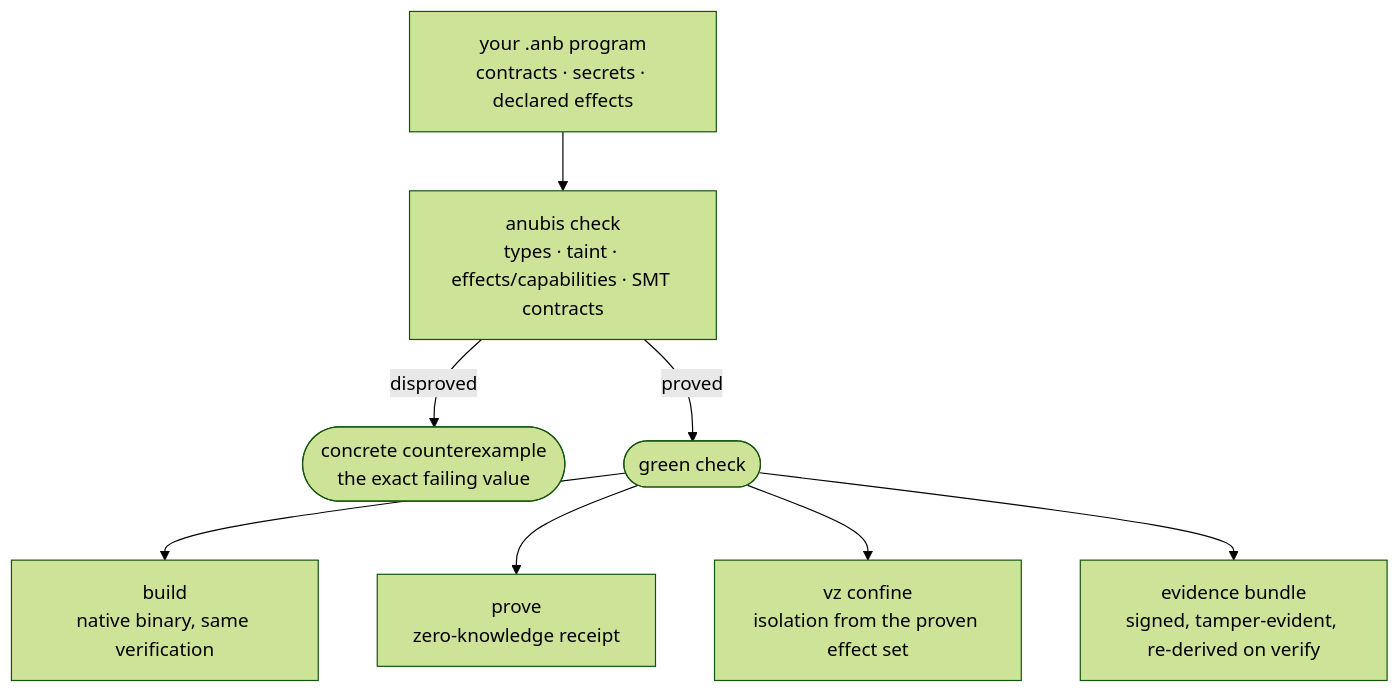
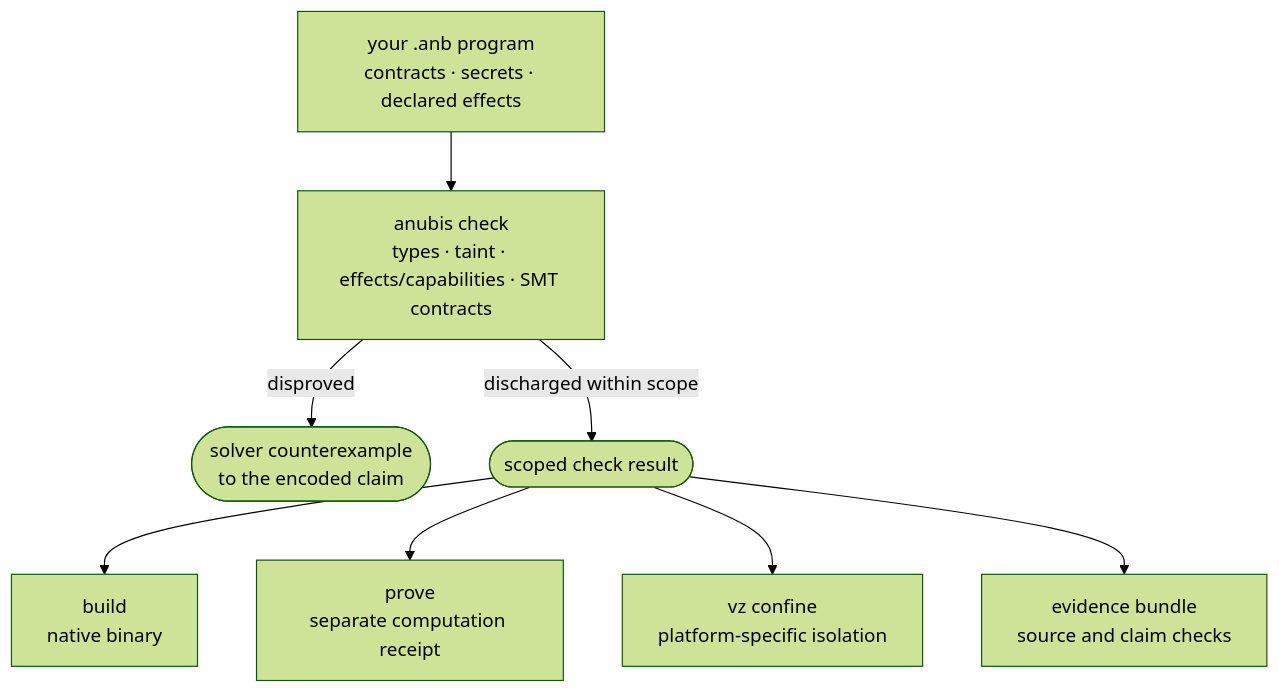
Before and after one commit to AnubisQuantumCipher/anubis-lang: the diagram in README.md, drawn with Mermaid (forest theme). The commit also changed other lines of this file and 4 other files, not shown here.

Commit message:
Scope front-page assurance and platform claims

````diff
--- a/README.md
+++ b/README.md
@@ -43,11 +43,11 @@
 ```mermaid
 flowchart TD
     SRC["your .anb program<br/>contracts · secrets · declared effects"]
     SRC --> CHK["anubis check<br/>types · taint · effects/capabilities · SMT contracts"]
-    CHK -->|disproved| CE(["concrete counterexample<br/>the exact failing value"])
-    CHK -->|proved| OK(["green check"])
-    OK --> B["build<br/>native binary, same verification"]
-    OK --> P["prove<br/>zero-knowledge receipt"]
-    OK --> C["vz confine<br/>isolation from the proven effect set"]
-    OK --> E["evidence bundle<br/>signed, tamper-evident, re-derived on verify"]
+    CHK -->|disproved| CE(["solver counterexample<br/>to the encoded claim"])
+    CHK -->|discharged within scope| OK(["scoped check result"])
+    OK --> B["build<br/>native binary"]
+    OK --> P["prove<br/>separate computation receipt"]
+    OK --> C["vz confine<br/>platform-specific isolation"]
+    OK --> E["evidence bundle<br/>source and claim checks"]
 ```
````
